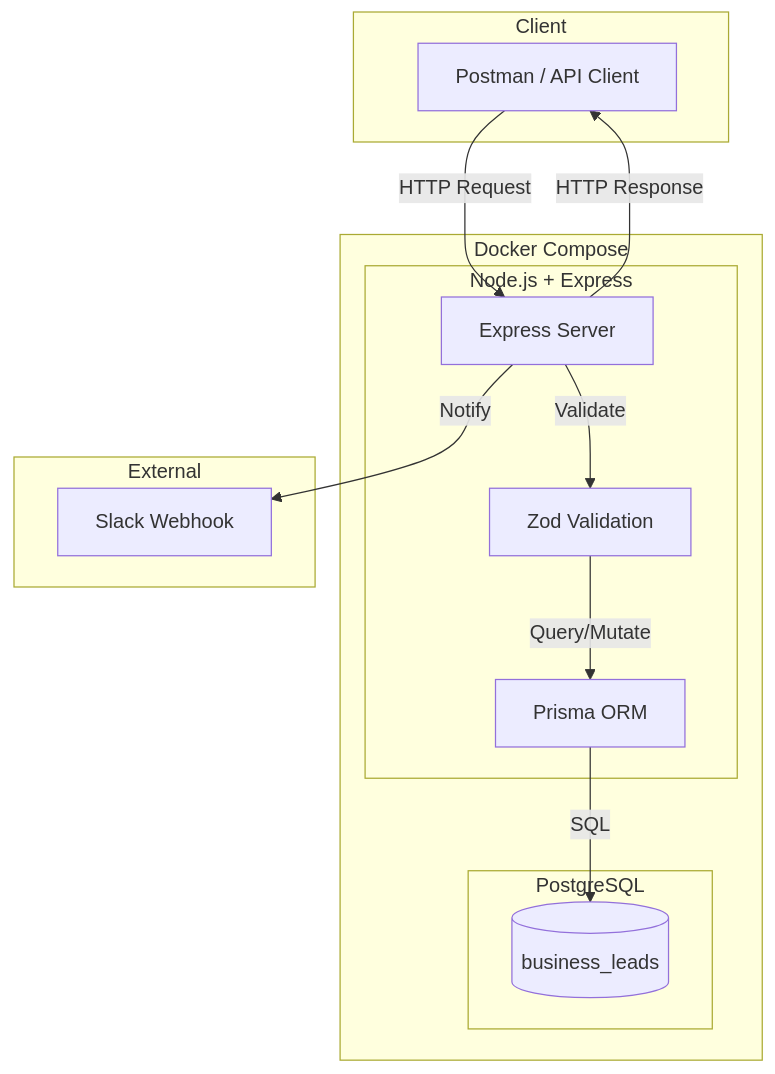
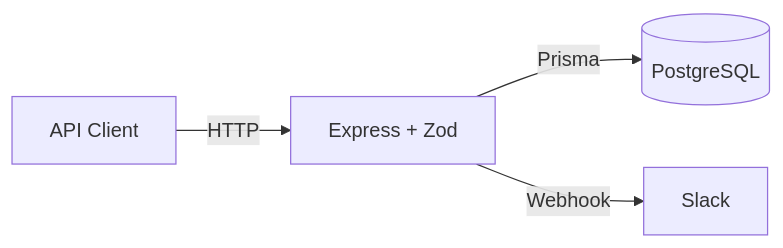
One commit to arjunthazhath2001/lead-tracker changed the first of 2 diagrams in README.md. Above: the diagram before and after it, drawn with Mermaid.

Commit message:
readme v9

````diff
--- a/README.md
+++ b/README.md
@@ -33,29 +33,6 @@
 ```mermaid
-flowchart TB
-    subgraph Client
-        Postman[Postman / API Client]
-    end
-
-    subgraph Docker["Docker Compose"]
-        subgraph App["Node.js + Express"]
-            Express[Express Server]
-            Zod[Zod Validation]
-            Prisma[Prisma ORM]
-        end
-
-        subgraph DB["PostgreSQL"]
-            PG[(business_leads)]
-        end
-    end
-
-    subgraph External
-        Slack[Slack Webhook]
-    end
-
-    Postman -->|HTTP Request| Express
-    Express -->|Validate| Zod
-    Zod -->|Query/Mutate| Prisma
-    Prisma -->|SQL| PG
-    Express -->|Notify| Slack
-    Express -->|HTTP Response| Postman
+flowchart LR
+    Client[API Client] -->|HTTP| Express[Express + Zod]
+    Express -->|Prisma| DB[(PostgreSQL)]
+    Express -->|Webhook| Slack[Slack]
 ```
````
